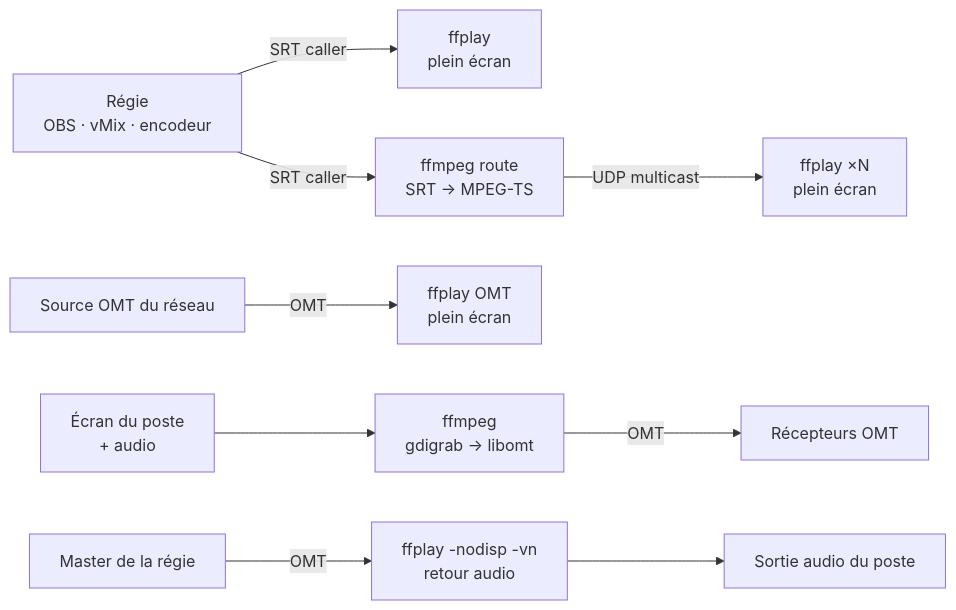
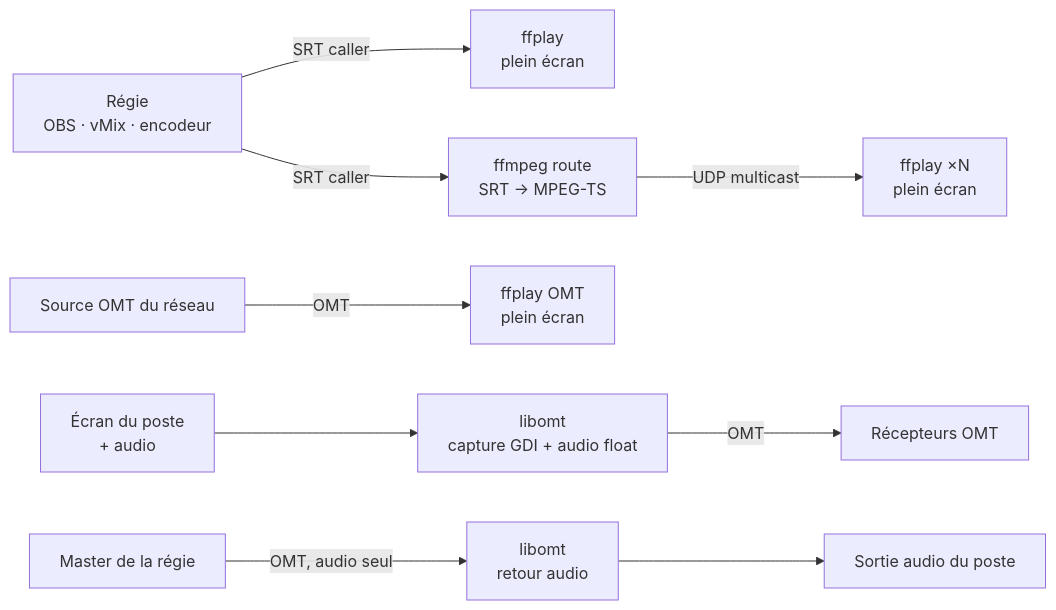
Before and after one commit to lfpoulain/py-multiview: the diagram in docs/fonctionnement.md, drawn with Mermaid. The commit also changed other lines of this file and 13 other files, not shown here.

First line of the commit message:
OMT : parler à libomt en direct pour l'audio et la découverte

````diff
--- a/docs/fonctionnement.md
+++ b/docs/fonctionnement.md
@@ -7,9 +7,9 @@
 ```mermaid
 flowchart LR
     regie["Régie<br/>OBS · vMix · encodeur"] -- "SRT caller" --> ffplay["ffplay<br/>plein écran"]
     regie -- "SRT caller" --> route["ffmpeg route<br/>SRT → MPEG-TS"]
     route -- "UDP multicast" --> ffplay2["ffplay ×N<br/>plein écran"]
     omtsrc["Source OMT du réseau"] -- OMT --> ffplay3["ffplay OMT<br/>plein écran"]
-    ecran["Écran du poste<br/>+ audio"] --> sender["ffmpeg<br/>gdigrab → libomt"] -- OMT --> reseau["Récepteurs OMT"]
-    omtmaster["Master de la régie"] -- OMT --> monitor["ffplay -nodisp -vn<br/>retour audio"] --> hp["Sortie audio du poste"]
+    ecran["Écran du poste<br/>+ audio"] --> sender["libomt<br/>capture GDI + audio float"] -- OMT --> reseau["Récepteurs OMT"]
+    omtmaster["Master de la régie"] -- "OMT, audio seul" --> monitor["libomt<br/>retour audio"] --> hp["Sortie audio du poste"]
 ```
````
